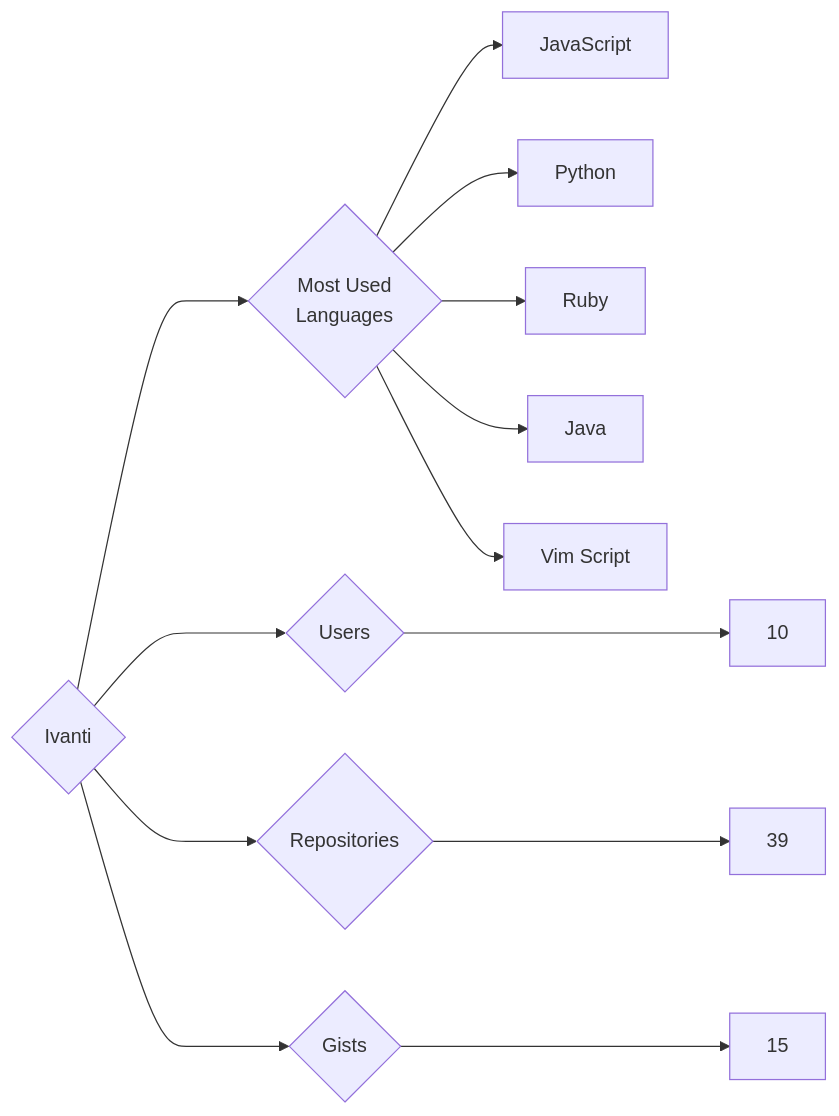
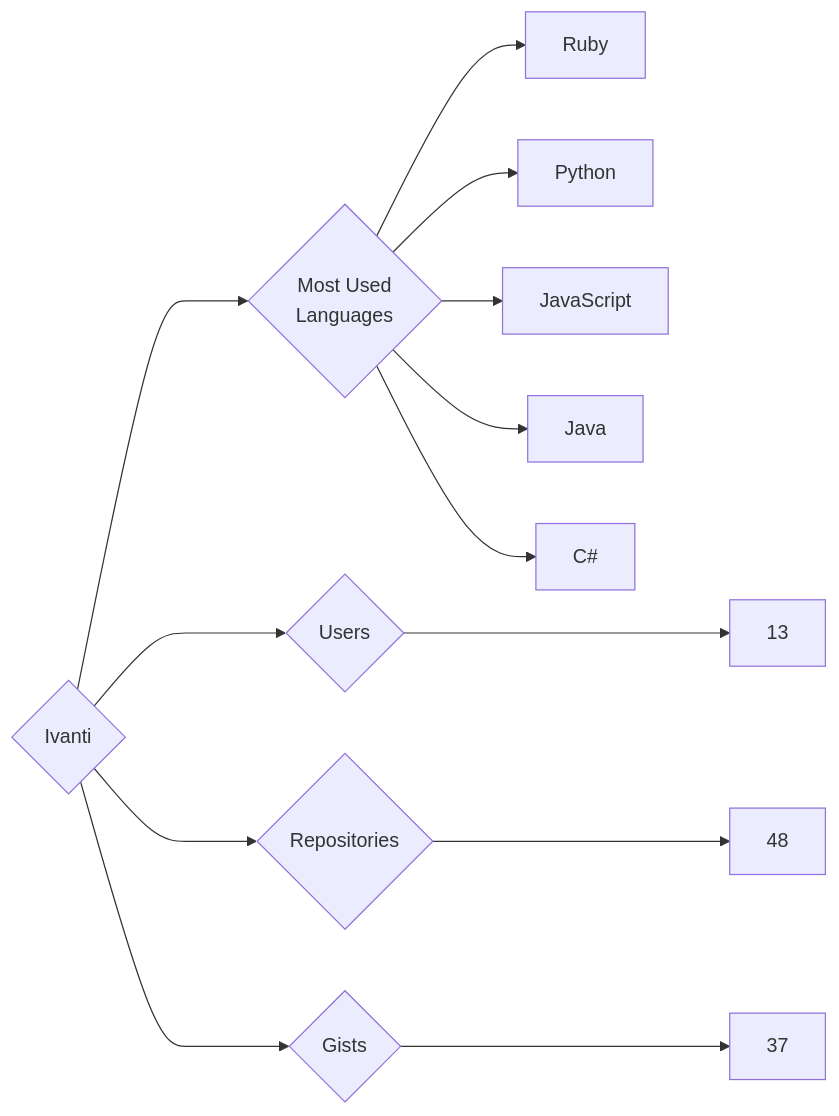
The diagram in targets/Ivanti/README.md (trickest/insiders), drawn with Mermaid before and after one commit. The commit also changed 594 other files, not shown here.

````diff
--- a/targets/Ivanti/README.md
+++ b/targets/Ivanti/README.md
@@ -3,13 +3,13 @@
 ```mermaid
 graph LR
 COMPANY_NAME{Ivanti}
-COMPANY_NAME ---> U{Users} ---> UN[10]
-COMPANY_NAME ---> R{Repositories} ---> RN[39]
-COMPANY_NAME ---> G{Gists} ---> GN[15]
+COMPANY_NAME ---> U{Users} ---> UN[13]
+COMPANY_NAME ---> R{Repositories} ---> RN[48]
+COMPANY_NAME ---> G{Gists} ---> GN[37]
 COMPANY_NAME ---> ML{Most Used<br>Languages}
+ML --> Ruby[Ruby]
+ML --> Python[Python]
 ML --> JavaScript[JavaScript]
-ML --> Python[Python]
-ML --> Ruby[Ruby]
 ML --> Java[Java]
-ML --> Vim_Script[Vim Script]
+ML --> C#[C#]
 ```
````
